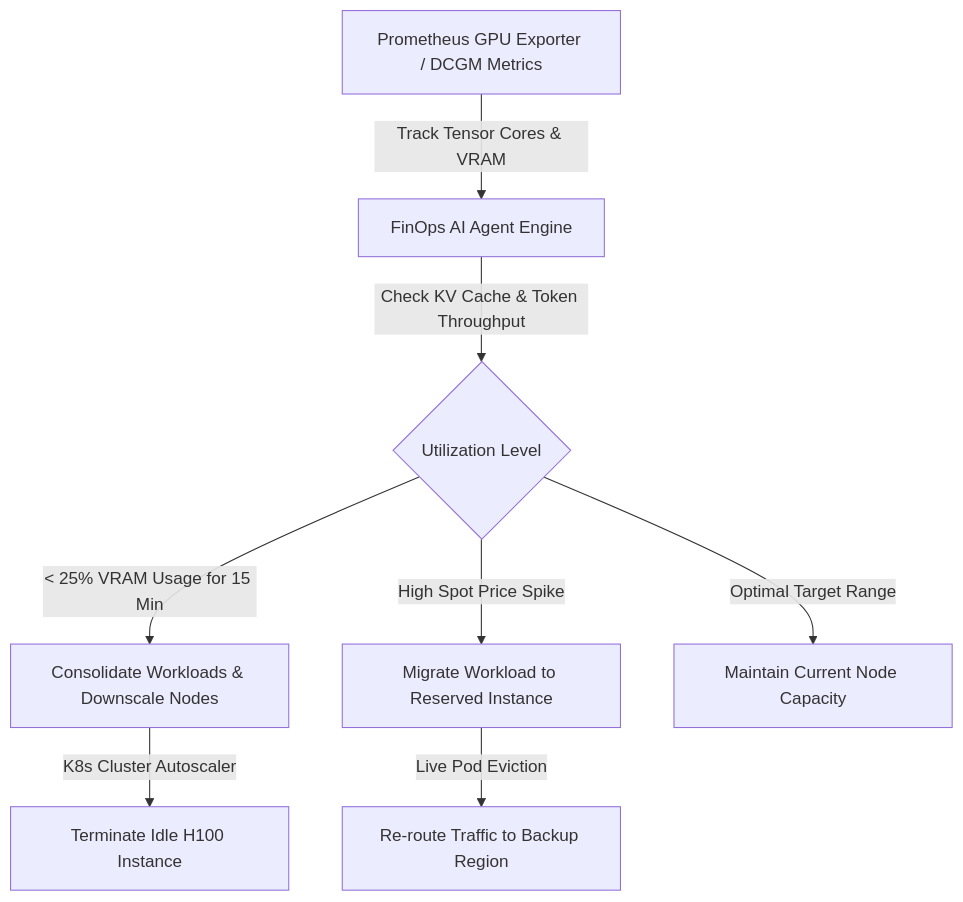
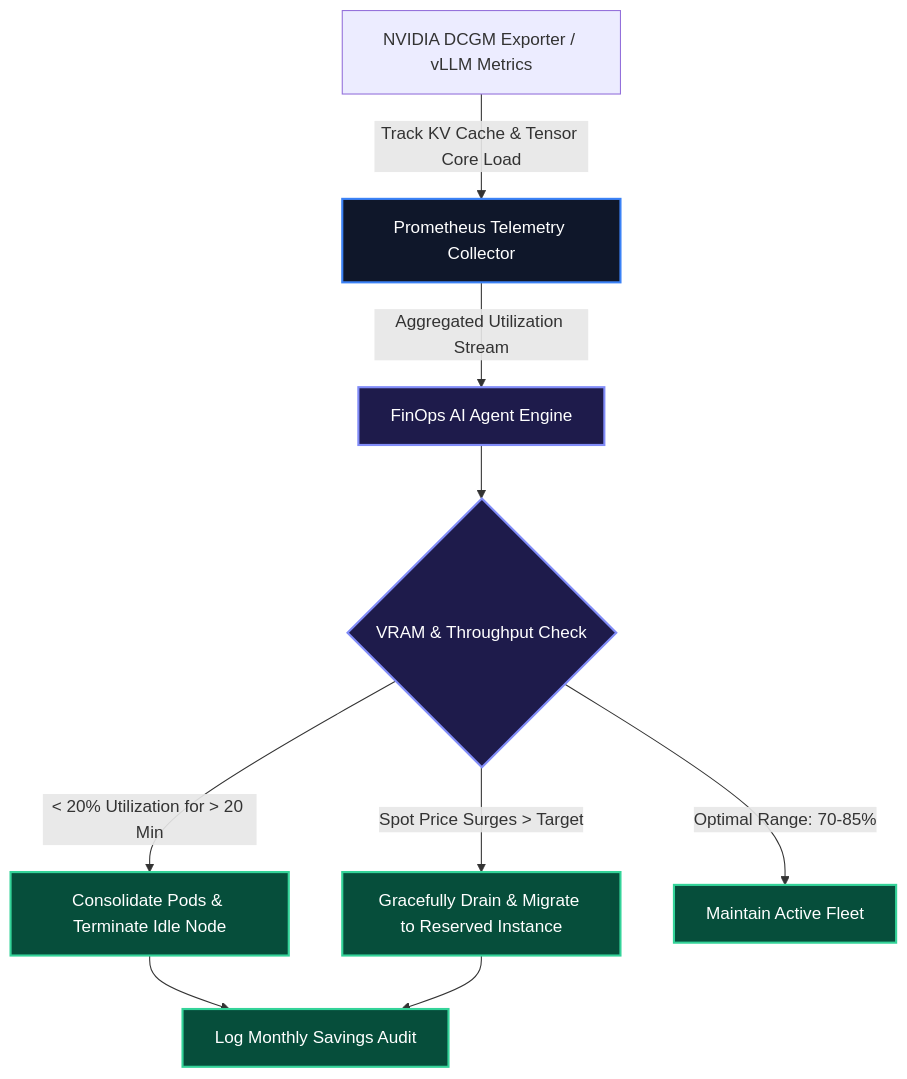
One commit to Ovanthra-Inc/sidhya-blog changed the diagram in content/posts/autonomous-ai-devops-agents/ai-devops-agents-part-6-finops-gpu-cost-optimization.mdx. Above: the diagram before and after it, drawn with Mermaid. The commit also changed other lines of this file and 42 other files, not shown here.

````diff
--- a/content/posts/autonomous-ai-devops-agents/ai-devops-agents-part-6-finops-gpu-cost-optimization.mdx
+++ b/content/posts/autonomous-ai-devops-agents/ai-devops-agents-part-6-finops-gpu-cost-optimization.mdx
@@ -32,10 +32,17 @@
 ```mermaid
 graph TD
-    A[Prometheus GPU Exporter / DCGM Metrics] -->|Track Tensor Cores & VRAM| B[FinOps AI Agent Engine]
-    B -->|Check KV Cache & Token Throughput| C{Utilization Level}
-    C -->|< 25% VRAM Usage for 15 Min| D[Consolidate Workloads & Downscale Nodes]
-    C -->|High Spot Price Spike| E[Migrate Workload to Reserved Instance]
-    C -->|Optimal Target Range| F[Maintain Current Node Capacity]
-    D -->|K8s Cluster Autoscaler| G[Terminate Idle H100 Instance]
-    E -->|Live Pod Eviction| H[Re-route Traffic to Backup Region]
+    classDef metricStyle fill:#0f172a,stroke:#3b82f6,stroke-width:2px,color:#fff;
+    classDef agentStyle fill:#1e1b4b,stroke:#818cf8,stroke-width:2px,color:#fff;
+    classDef actionStyle fill:#064e3b,stroke:#34d399,stroke-width:2px,color:#fff;
+
+    DCGM[NVIDIA DCGM Exporter / vLLM Metrics] -->|Track KV Cache & Tensor Core Load| Collector[Prometheus Telemetry Collector]:::metricStyle
+    Collector -->|Aggregated Utilization Stream| Agent[FinOps AI Agent Engine]:::agentStyle
+    
+    Agent --> Check{VRAM & Throughput Check}:::agentStyle
+    Check -->|< 20% Utilization for > 20 Min| ScaleDown[Consolidate Pods & Terminate Idle Node]:::actionStyle
+    Check -->|Spot Price Surges > Target| Migrate[Gracefully Drain & Migrate to Reserved Instance]:::actionStyle
+    Check -->|Optimal Range: 70-85%| Retain[Maintain Active Fleet]:::actionStyle
+    
+    ScaleDown --> Audit[Log Monthly Savings Audit]:::actionStyle
+    Migrate --> Audit
 ```
````
